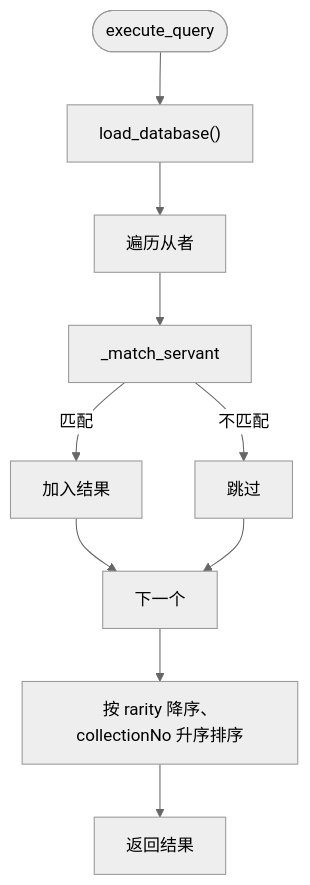
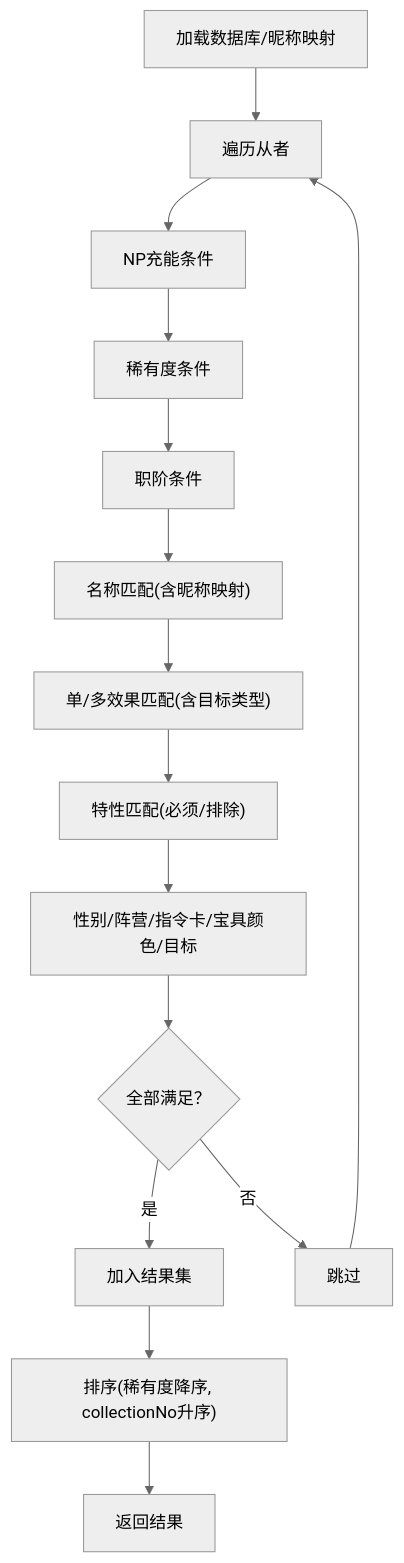
Before and after one commit to kanoha222/Laplace: the fourth of 5 diagrams in .qoder/repowiki/zh/content/核心模块/核心模块.md, drawn with Mermaid (neutral theme). The commit also changed other lines of this file and 54 other files, not shown here.

````diff
--- a/.qoder/repowiki/zh/content/核心模块/核心模块.md
+++ b/.qoder/repowiki/zh/content/核心模块/核心模块.md
@@ -231,12 +240,17 @@
 ```mermaid
 flowchart TD
-Start(["execute_query"]) --> LoadDB["load_database()"]
-LoadDB --> Loop["遍历从者"]
-Loop --> Match["_match_servant"]
-Match --> |匹配| Append["加入结果"]
-Match --> |不匹配| Skip["跳过"]
-Append --> Next["下一个"]
-Skip --> Next
-Next --> Sort["按 rarity 降序、collectionNo 升序排序"]
+LoadDB["加载数据库/昵称映射"] --> Loop["遍历从者"]
+Loop --> CheckNP["NP充能条件"]
+CheckNP --> CheckRarity["稀有度条件"]
+CheckRarity --> CheckClass["职阶条件"]
+CheckClass --> CheckName["名称匹配(含昵称映射)"]
+CheckName --> CheckEffect["单/多效果匹配(含目标类型)"]
+CheckEffect --> CheckTraits["特性匹配(必须/排除)"]
+CheckTraits --> CheckOther["性别/阵营/指令卡/宝具颜色/目标"]
+CheckOther --> Match{"全部满足？"}
+Match --> |是| Add["加入结果集"]
+Match --> |否| Skip["跳过"]
+Add --> Sort["排序(稀有度降序, collectionNo升序)"]
+Skip --> Loop
 Sort --> Return["返回结果"]
 ```
````
